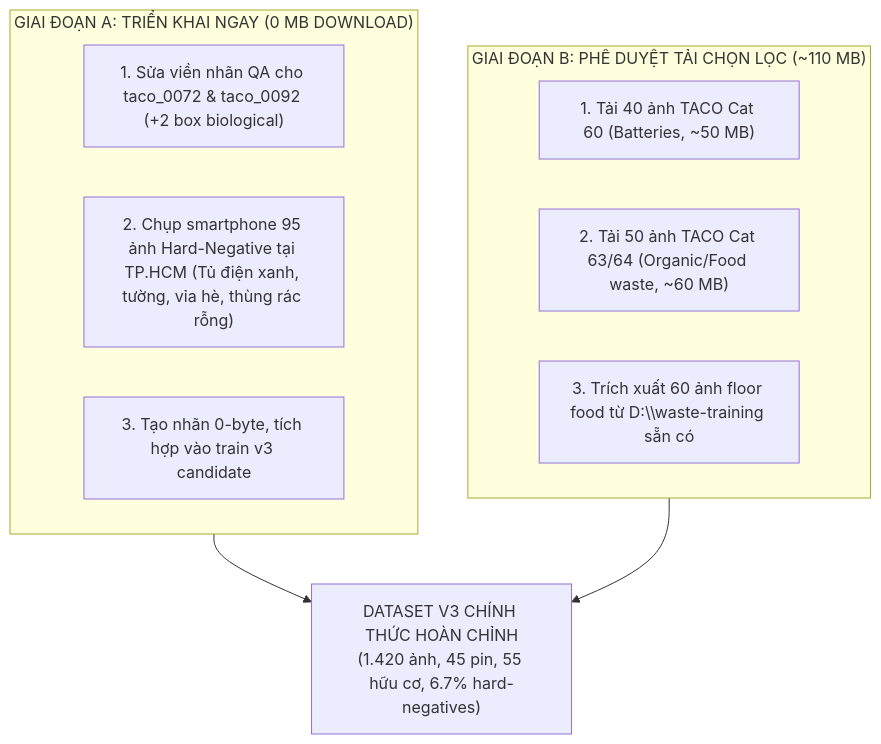
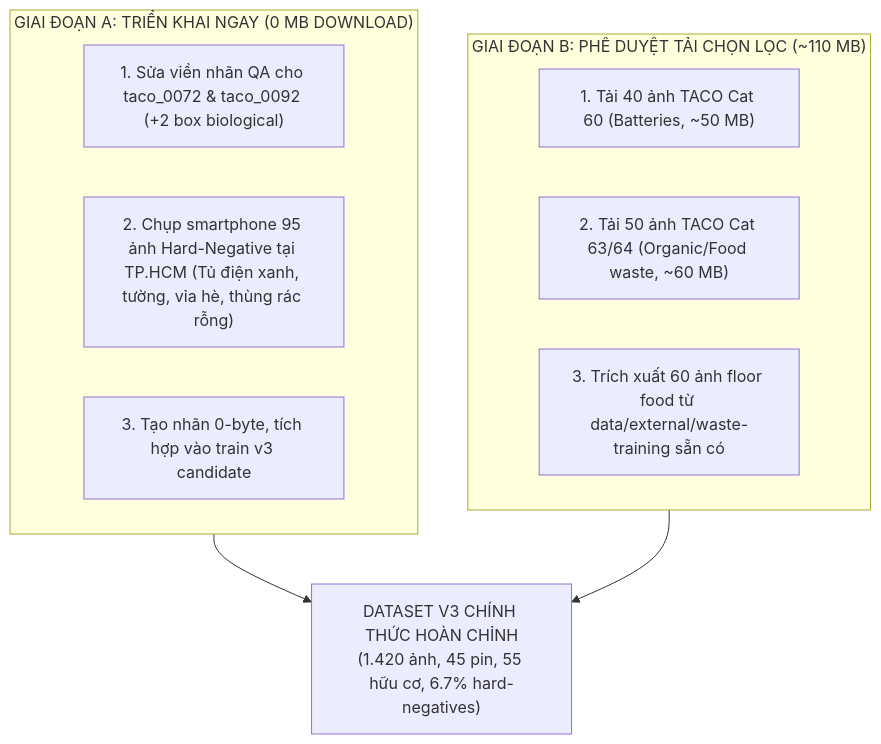
One commit to Nhan-create/CNTT-KLCN155-waste-detection changed the diagram in reports/PHASE4B2_FINAL_ENGINEERING.md. Above: the diagram before and after it, drawn with Mermaid. The commit also changed other lines of this file and 249 other files, not shown here.

````diff
--- a/reports/PHASE4B2_FINAL_ENGINEERING.md
+++ b/reports/PHASE4B2_FINAL_ENGINEERING.md
@@ -189,15 +189,15 @@
 ```mermaid
 flowchart TD
     subgraph PhaseA["GIAI ĐOẠN A: TRIỂN KHAI NGAY (0 MB DOWNLOAD)"]
         A1["1. Sửa viền nhãn QA cho taco_0072 & taco_0092 (+2 box biological)"]
         A2["2. Chụp smartphone 95 ảnh Hard-Negative tại TP.HCM (Tủ điện xanh, tường, vỉa hè, thùng rác rỗng)"]
         A3["3. Tạo nhãn 0-byte, tích hợp vào train v3 candidate"]
     end
     subgraph PhaseB["GIAI ĐOẠN B: PHÊ DUYỆT TẢI CHỌN LỌC (~110 MB)"]
         B1["1. Tải 40 ảnh TACO Cat 60 (Batteries, ~50 MB)"]
         B2["2. Tải 50 ảnh TACO Cat 63/64 (Organic/Food waste, ~60 MB)"]
-        B3["3. Trích xuất 60 ảnh floor food từ D:\\waste-training sẵn có"]
+        B3["3. Trích xuất 60 ảnh floor food từ data/external/waste-training sẵn có"]
     end
     PhaseA --> Target["DATASET V3 CHÍNH THỨC HOÀN CHỈNH<br>(1.420 ảnh, 45 pin, 55 hữu cơ, 6.7% hard-negatives)"]
     PhaseB --> Target
 ```
````
